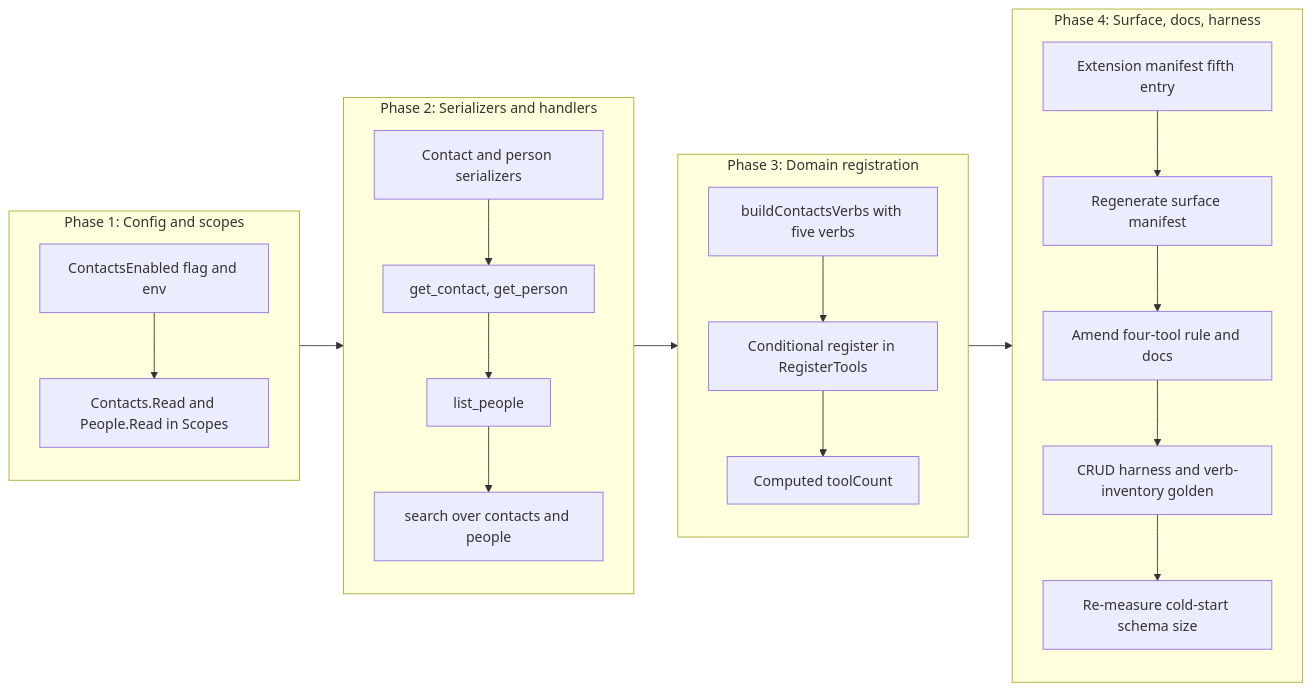
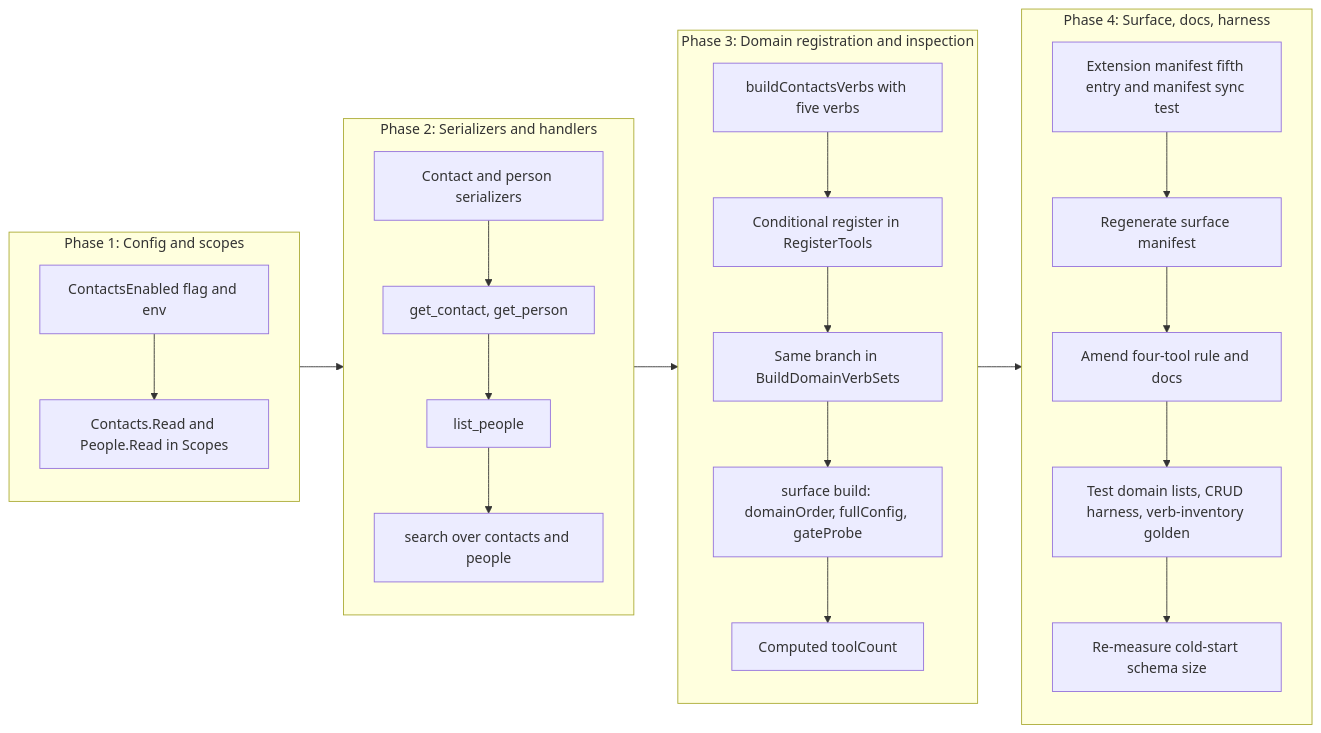
One commit to desek/outlook-local-mcp changed the third of 3 diagrams in docs/cr/CR-0082-contacts-domain.md. Above: the diagram before and after it, drawn with Mermaid. The commit also changed other lines of this file and 1 other file, not shown here.

````diff
--- a/docs/cr/CR-0082-contacts-domain.md
+++ b/docs/cr/CR-0082-contacts-domain.md
@@ -549,22 +820,24 @@
 ```mermaid
 flowchart LR
     subgraph P1["Phase 1: Config and scopes"]
         A1["ContactsEnabled flag and env"] --> A2["Contacts.Read and People.Read in Scopes"]
     end
     subgraph P2["Phase 2: Serializers and handlers"]
         B1["Contact and person serializers"] --> B2["get_contact, get_person"]
         B2 --> B3["list_people"]
         B3 --> B4["search over contacts and people"]
     end
-    subgraph P3["Phase 3: Domain registration"]
+    subgraph P3["Phase 3: Domain registration and inspection"]
         C1["buildContactsVerbs with five verbs"] --> C2["Conditional register in RegisterTools"]
-        C2 --> C3["Computed toolCount"]
+        C2 --> C3["Same branch in BuildDomainVerbSets"]
+        C3 --> C4["surface build: domainOrder, fullConfig, gateProbe"]
+        C4 --> C5["Computed toolCount"]
     end
     subgraph P4["Phase 4: Surface, docs, harness"]
-        D1["Extension manifest fifth entry"] --> D2["Regenerate surface manifest"]
+        D1["Extension manifest fifth entry and manifest sync test"] --> D2["Regenerate surface manifest"]
         D2 --> D3["Amend four-tool rule and docs"]
-        D3 --> D4["CRUD harness and verb-inventory golden"]
+        D3 --> D4["Test domain lists, CRUD harness, verb-inventory golden"]
         D4 --> D5["Re-measure cold-start schema size"]
     end
     P1 --> P2 --> P3 --> P4
 ```
````
